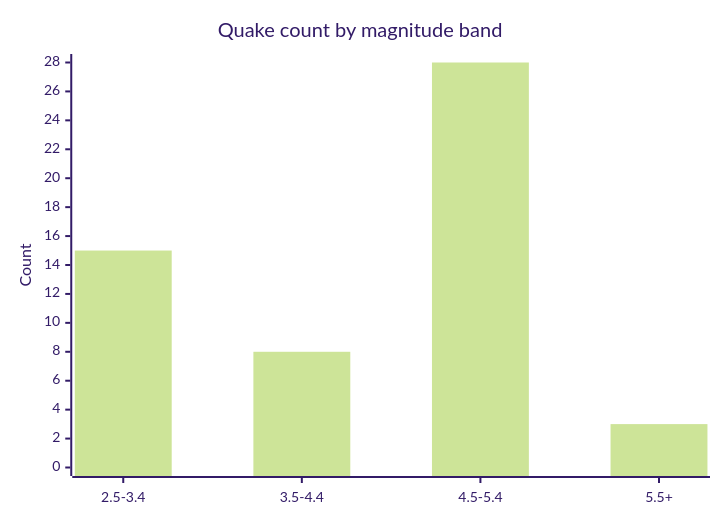
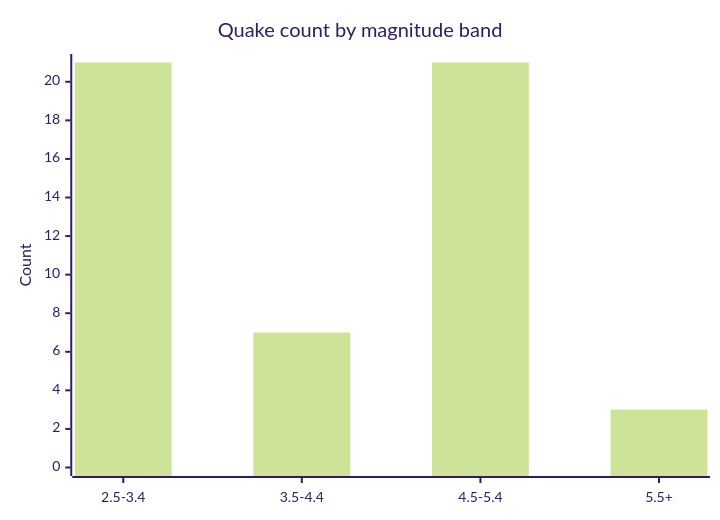
Before and after one commit to Midwest-Stratospheric/aerostratospheric-defense-gir: the fifth of 6 diagrams in docs/GRAPHS.md, drawn with Mermaid (forest theme). The commit also changed other lines of this file and 25 other files, not shown here.

````diff
--- a/docs/GRAPHS.md
+++ b/docs/GRAPHS.md
@@ -82,7 +82,7 @@
 ```mermaid
 xychart-beta
   title "Quake count by magnitude band"
   x-axis ["2.5-3.4", "3.5-4.4", "4.5-5.4", "5.5+"]
-  y-axis "Count" 0 --> 28
-  bar [15, 8, 28, 3]
+  y-axis "Count" 0 --> 21
+  bar [21, 7, 21, 3]
 ```
````
